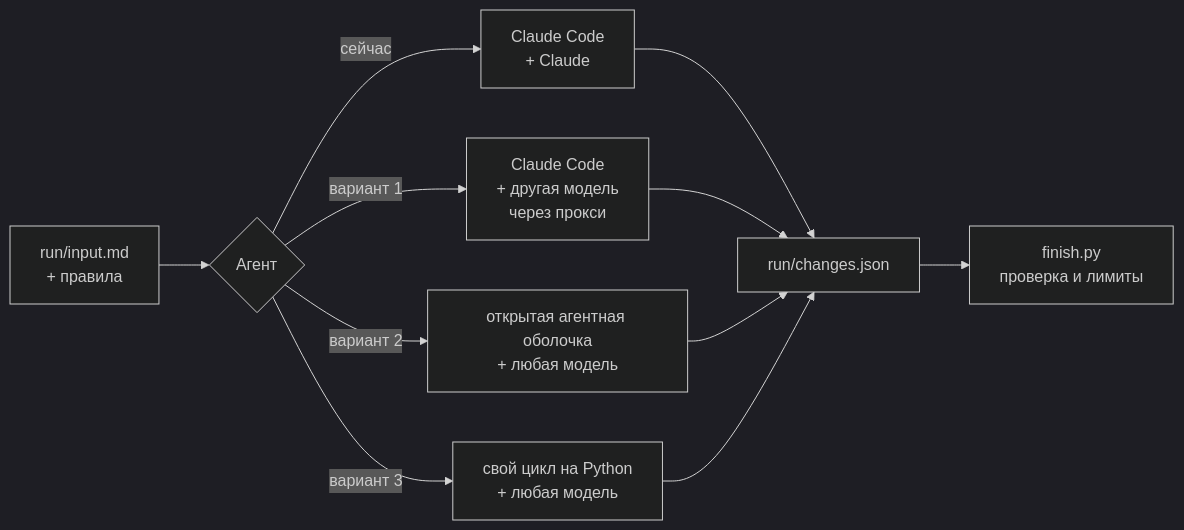
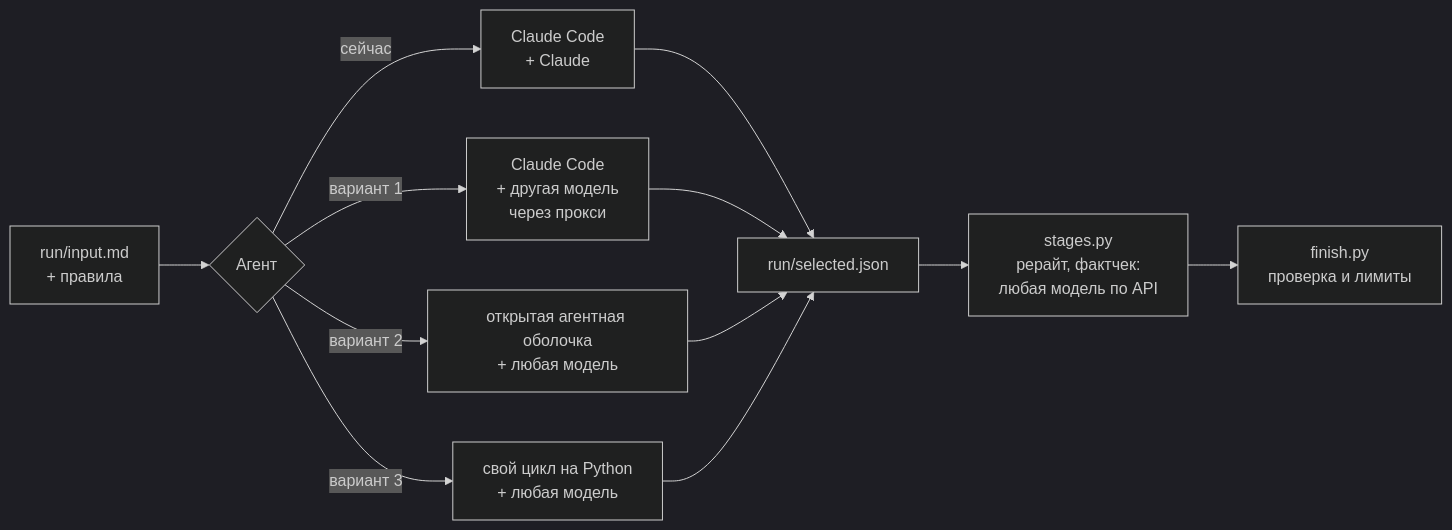
The fifth of 5 diagrams in README.md (delffine/ai_editor), drawn with Mermaid (dark theme) before and after one commit. The commit also changed other lines of this file and 13 other files, not shown here.

First line of the commit message:
Три этапа: отбор → рерайт + фактчек → страница

````diff
--- a/README.md
+++ b/README.md
@@ -281,9 +328,9 @@
 ```mermaid
 flowchart LR
     IN["run/input.md<br/>+ правила"] --> AG{"Агент"}
     AG -- "сейчас" --> CC["Claude Code<br/>+ Claude"]
     AG -- "вариант 1" --> PX["Claude Code<br/>+ другая модель<br/>через прокси"]
     AG -- "вариант 2" --> OA["открытая агентная оболочка<br/>+ любая модель"]
     AG -- "вариант 3" --> PY["свой цикл на Python<br/>+ любая модель"]
-    CC & PX & OA & PY --> OUT["run/changes.json"] --> FIN["finish.py<br/>проверка и лимиты"]
+    CC & PX & OA & PY --> OUT["run/selected.json"] --> ST["stages.py<br/>рерайт, фактчек:<br/>любая модель по API"] --> FIN["finish.py<br/>проверка и лимиты"]
 ```
````
